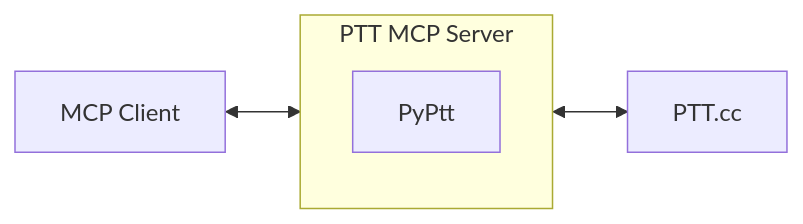
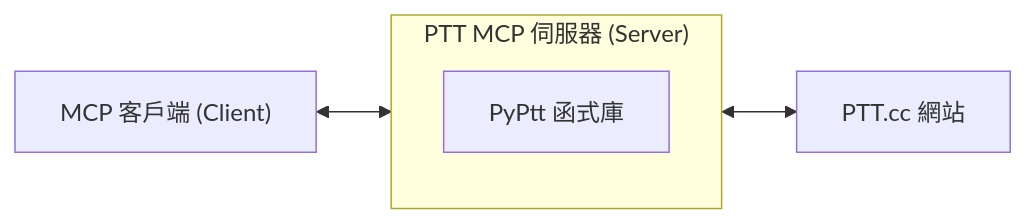
Before and after one commit to PyPtt/ptt_mcp_server: the diagram in README.md, drawn with Mermaid. The commit also changed other lines of this file, not shown here.

````diff
--- a/README.md
+++ b/README.md
@@ -27,13 +69,13 @@
 ```mermaid
 graph LR
-    A["MCP Client"]
-    
-    subgraph B ["PTT MCP Server"]
-        D["PyPtt"]
+    A["MCP 客戶端 (Client)"]
+
+    subgraph B ["PTT MCP 伺服器 (Server)"]
+        D["PyPtt 函式庫"]
     end
-    
-    C["PTT.cc"]
+
+    C["PTT.cc 網站"]
 
     A <--> B
     B <--> C
 ```
````
